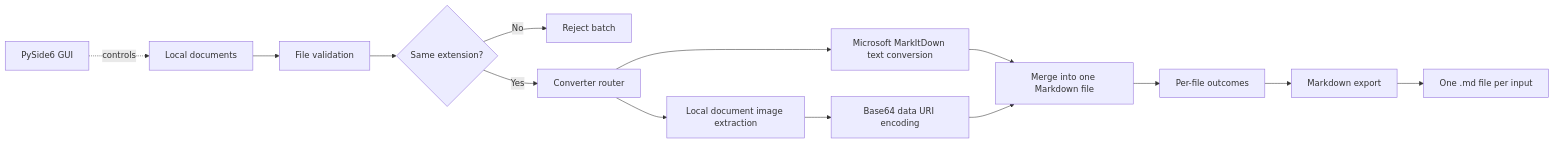
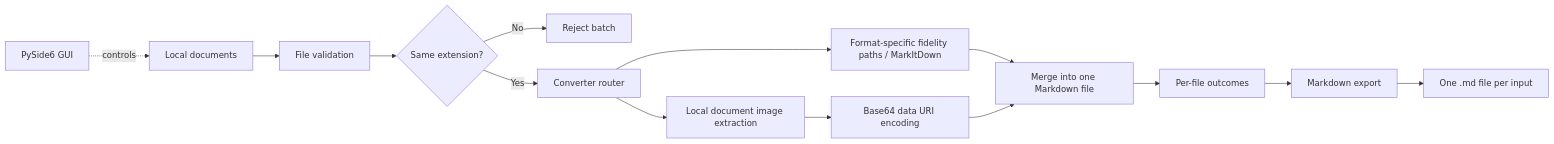
Before and after one commit to DrBham/Hybrid-Document-To-Markdown: the diagram in README.md, drawn with Mermaid. The commit also changed other lines of this file and 17 other files, not shown here.

First line of the commit message:
feat: harden conversion fidelity, export reliability, and media workflows

````diff
--- a/README.md
+++ b/README.md
@@ -154,17 +163,17 @@
 ```mermaid
 flowchart LR
     A[Local documents] --> B[File validation]
     B --> C{Same extension?}
     C -- No --> X[Reject batch]
     C -- Yes --> D[Converter router]
-    D --> E[Microsoft MarkItDown text conversion]
+    D --> E[Format-specific fidelity paths / MarkItDown]
     D --> I[Local document image extraction]
     I --> O[Base64 data URI encoding]
     E --> M[Merge into one Markdown file]
     O --> M
     M --> F[Per-file outcomes]
     F --> G[Markdown export]
     G --> H[One .md file per input]
 
     UI[PySide6 GUI] -. controls .-> A
 ```
````
